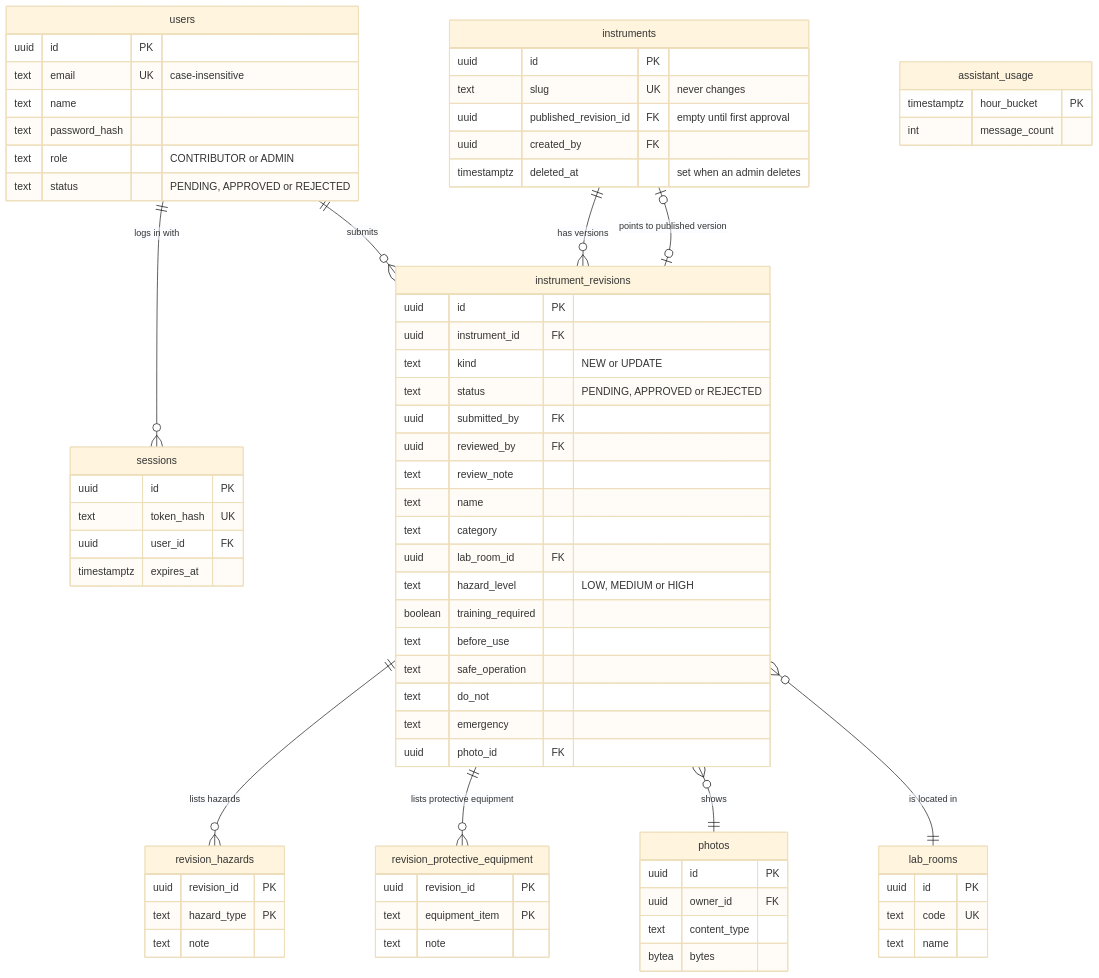
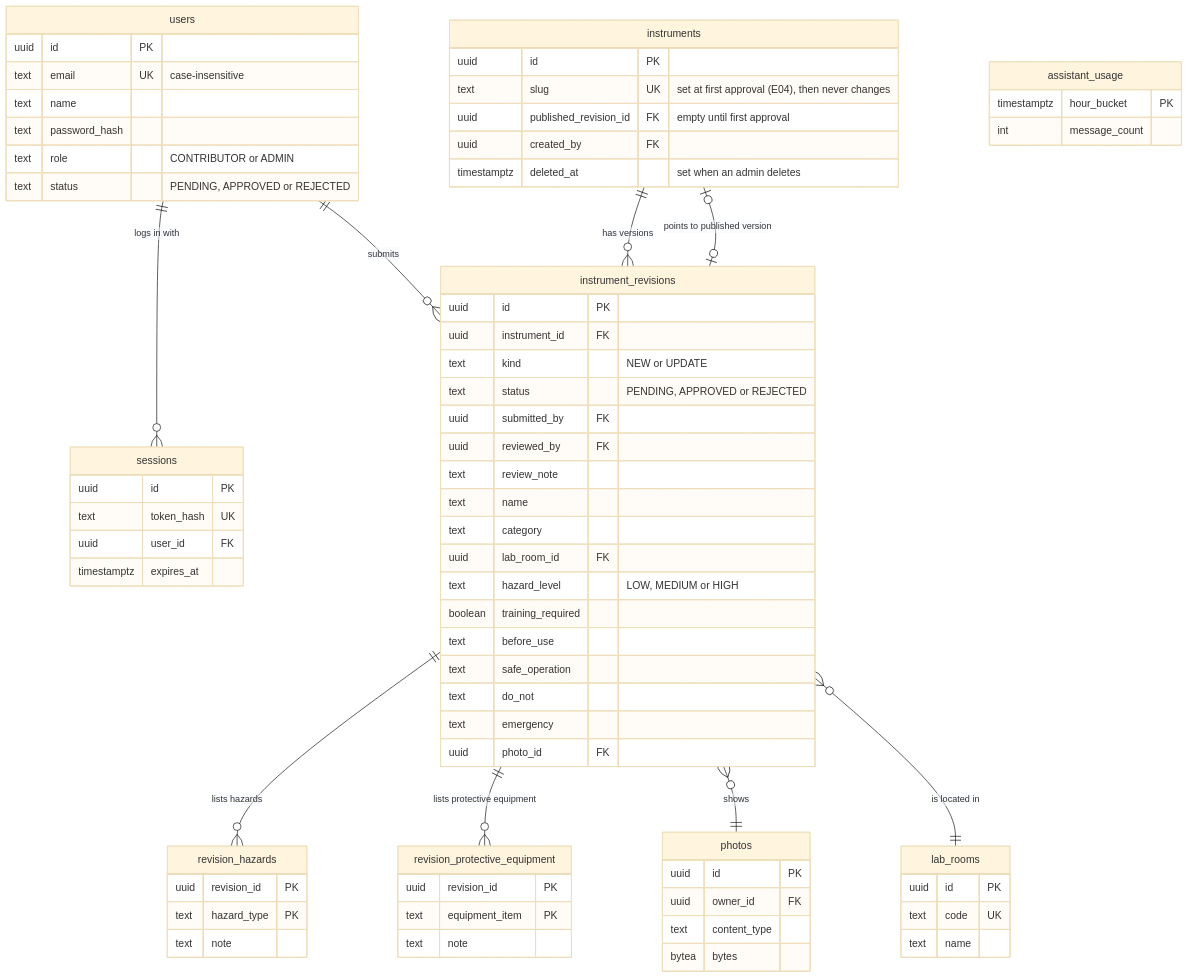
One commit to easyweek123-netizen/lab_safe changed the second of 5 diagrams in docs/technical-design/design-doc.md. Above: the diagram before and after it, drawn with Mermaid (base theme). The commit also changed other lines of this file and 129 other files, not shown here.

````diff
--- a/docs/technical-design/design-doc.md
+++ b/docs/technical-design/design-doc.md
@@ -64,77 +64,77 @@
 ```mermaid
 erDiagram
   users ||--o{ sessions : "logs in with"
   users ||--o{ instrument_revisions : "submits"
   instruments ||--o{ instrument_revisions : "has versions"
   instruments |o--o| instrument_revisions : "points to published version"
   instrument_revisions ||--o{ revision_hazards : "lists hazards"
   instrument_revisions ||--o{ revision_protective_equipment : "lists protective equipment"
   instrument_revisions }o--|| photos : "shows"
   instrument_revisions }o--|| lab_rooms : "is located in"
 
   users {
     uuid id PK
     text email UK "case-insensitive"
     text name
     text password_hash
     text role "CONTRIBUTOR or ADMIN"
     text status "PENDING, APPROVED or REJECTED"
   }
   sessions {
     uuid id PK
     text token_hash UK
     uuid user_id FK
     timestamptz expires_at
   }
   instruments {
     uuid id PK
-    text slug UK "never changes"
+    text slug UK "set at first approval (E04), then never changes"
     uuid published_revision_id FK "empty until first approval"
     uuid created_by FK
     timestamptz deleted_at "set when an admin deletes"
   }
   instrument_revisions {
     uuid id PK
     uuid instrument_id FK
     text kind "NEW or UPDATE"
     text status "PENDING, APPROVED or REJECTED"
     uuid submitted_by FK
     uuid reviewed_by FK
     text review_note
     text name
     text category
     uuid lab_room_id FK
     text hazard_level "LOW, MEDIUM or HIGH"
     boolean training_required
     text before_use
     text safe_operation
     text do_not
     text emergency
     uuid photo_id FK
   }
   revision_hazards {
     uuid revision_id PK
     text hazard_type PK
     text note
   }
   revision_protective_equipment {
     uuid revision_id PK
     text equipment_item PK
     text note
   }
   photos {
     uuid id PK
     uuid owner_id FK
     text content_type
     bytea bytes
   }
   lab_rooms {
     uuid id PK
     text code UK
     text name
   }
   assistant_usage {
     timestamptz hour_bucket PK
     int message_count
   }
 ```
````
